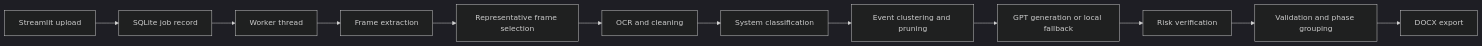
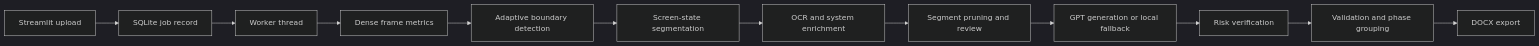
Before and after one commit to indradeepdas/Video-to-SOP: the diagram in docs/architecture.md, drawn with Mermaid (dark theme). The commit also changed other lines of this file and 11 other files, not shown here.

Commit message:
Add adaptive screen segmentation

````diff
--- a/docs/architecture.md
+++ b/docs/architecture.md
@@ -7,14 +7,14 @@
 ```mermaid
 flowchart LR
     A["Streamlit upload"] --> B["SQLite job record"]
     B --> C["Worker thread"]
-    C --> D["Frame extraction"]
-    D --> E["Representative frame selection"]
-    E --> F["OCR and cleaning"]
-    F --> G["System classification"]
-    G --> H["Event clustering and pruning"]
+    C --> D["Dense frame metrics"]
+    D --> E["Adaptive boundary detection"]
+    E --> F["Screen-state segmentation"]
+    F --> G["OCR and system enrichment"]
+    G --> H["Segment pruning and review"]
     H --> I["GPT generation or local fallback"]
     I --> J["Risk verification"]
     J --> K["Validation and phase grouping"]
     K --> L["DOCX export"]
 ```
````
